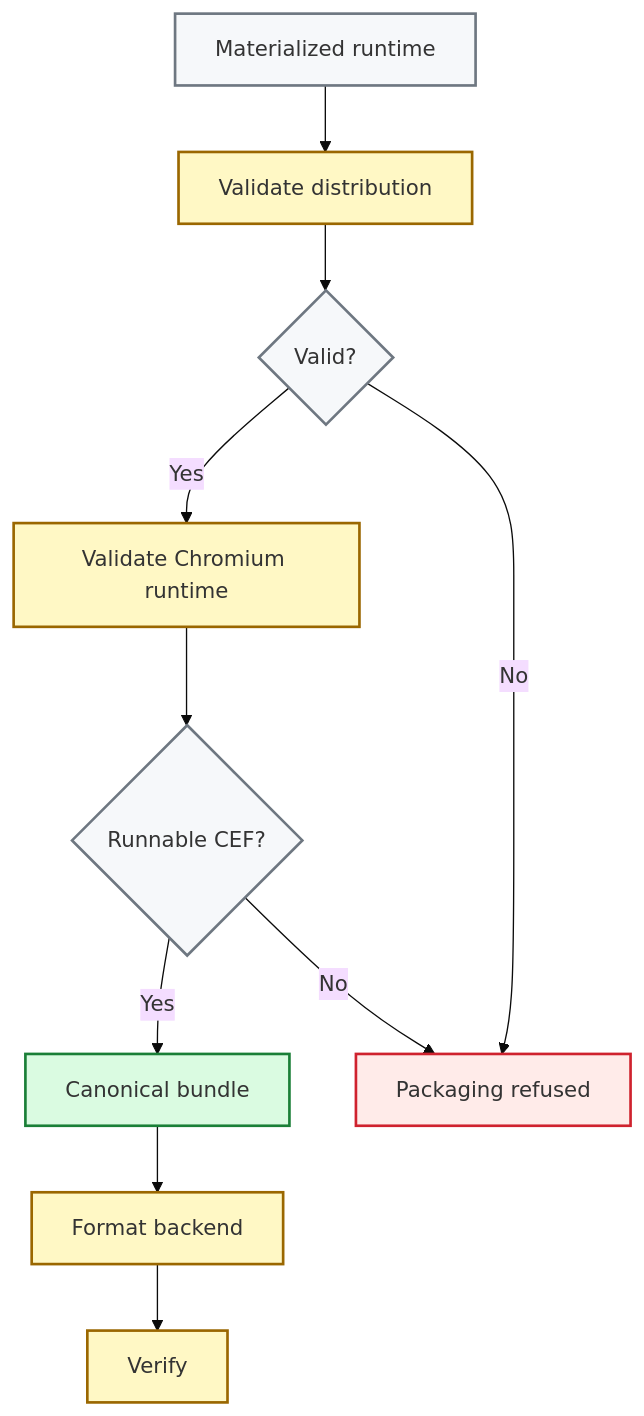
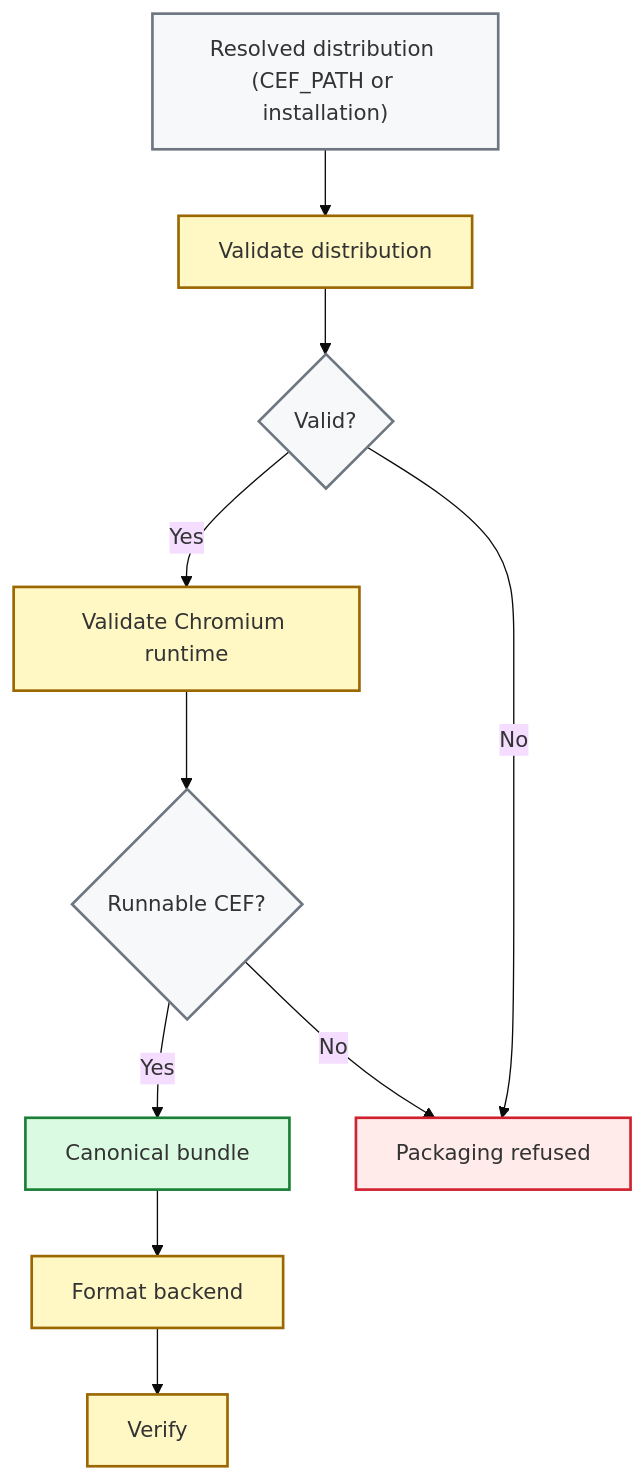
The fourth of 4 diagrams in docs/bundling.md (0x48piraj/kurogane), drawn with Mermaid (base theme) before and after one commit. The commit also changed other lines of this file and 13 other files, not shown here.

````diff
--- a/docs/bundling.md
+++ b/docs/bundling.md
@@ -503,32 +786,32 @@
 ```mermaid
 flowchart TD
-    A["Materialized runtime"]
+    A["Resolved distribution (CEF_PATH or installation)"]
     B["Validate distribution"]
     C{"Valid?"}
     D["Validate Chromium runtime"]
     E{"Runnable CEF?"}
     F["Canonical bundle"]
     G["Format backend"]
     H["Verify"]
     X["Packaging refused"]
 
     A --> B --> C
     C -->|Yes| D
     C -->|No| X
     D --> E
     E -->|Yes| F
     E -->|No| X
     F --> G --> H
 
     classDef source fill:#f6f8fa,stroke:#6e7781,stroke-width:2px;
     classDef process fill:#fff8c5,stroke:#9a6700,stroke-width:2px;
     classDef decision fill:#f6f8fa,stroke:#6e7781,stroke-width:2px;
     classDef success fill:#dafbe1,stroke:#1a7f37,stroke-width:2px;
     classDef failure fill:#ffebe9,stroke:#cf222e,stroke-width:2px;
 
     class A source;
     class B,D,G,H process;
     class C,E decision;
     class F success;
     class X failure;
 ```
````
